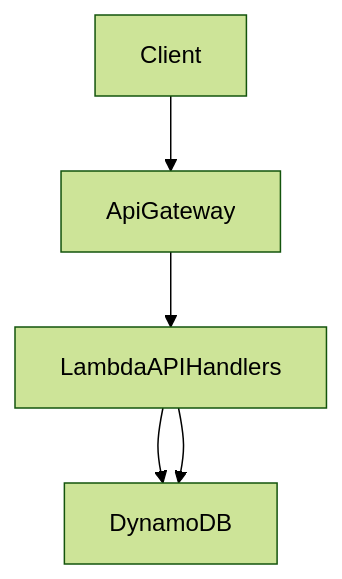
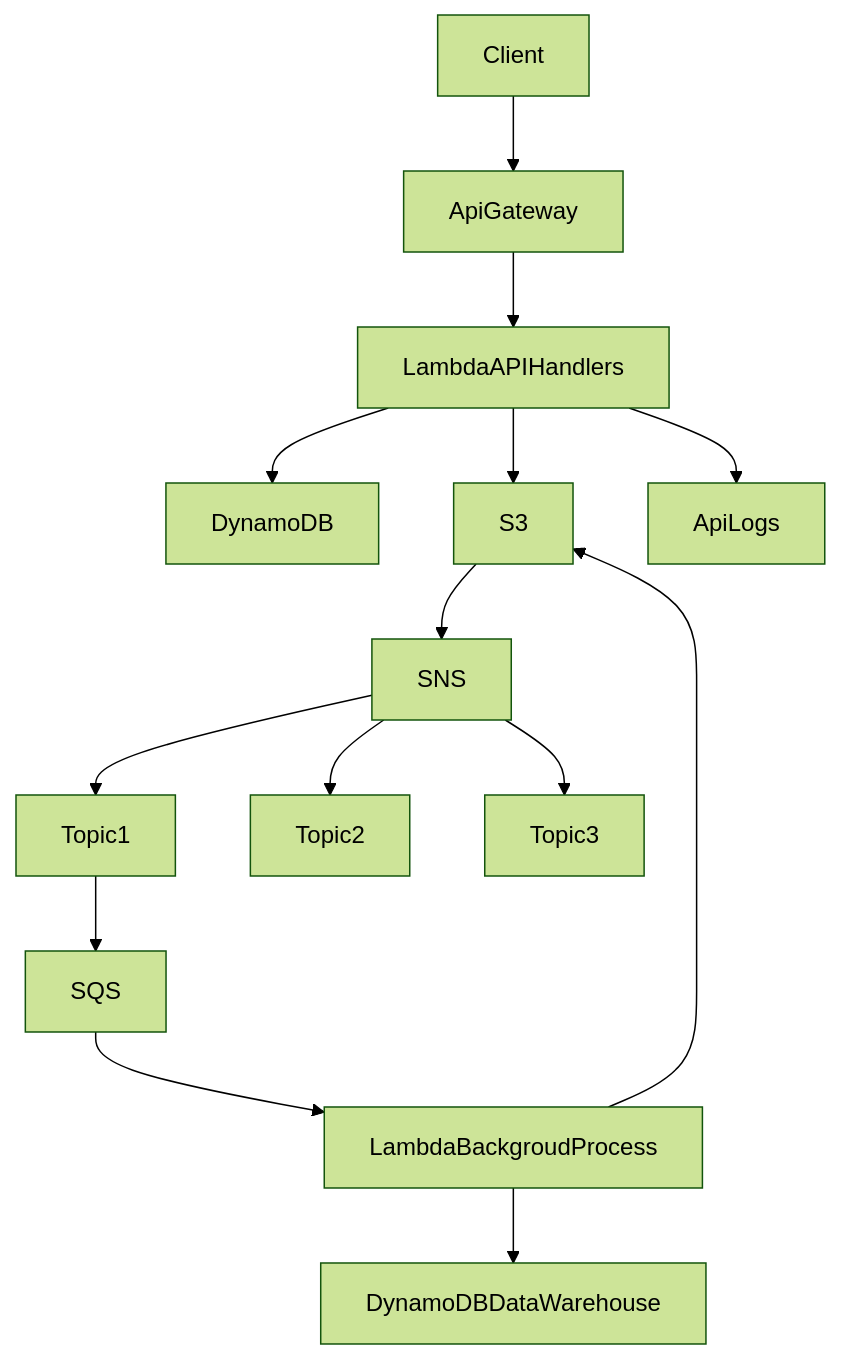
Before and after one commit to xreyc/serverless-framework: the diagram in README.md, drawn with Mermaid (forest theme). The commit also changed other lines of this file, not shown here.

````diff
--- a/README.md
+++ b/README.md
@@ -14,7 +10,16 @@
 ```mermaid
 graph TD;
     Client-->ApiGateway;
     ApiGateway-->LambdaAPIHandlers;
     LambdaAPIHandlers-->DynamoDB;
-    LambdaAPIHandlers-->DynamoDB;
+    LambdaAPIHandlers-->S3;
+    LambdaAPIHandlers-->ApiLogs;
+    S3-->SNS;
+    SNS-->Topic1;
+    SNS-->Topic2;
+    SNS-->Topic3;
+    Topic1-->SQS;
+    SQS-->LambdaBackgroudProcess;
+    LambdaBackgroudProcess-->S3;
+    LambdaBackgroudProcess-->DynamoDBDataWarehouse;
 ```
````
